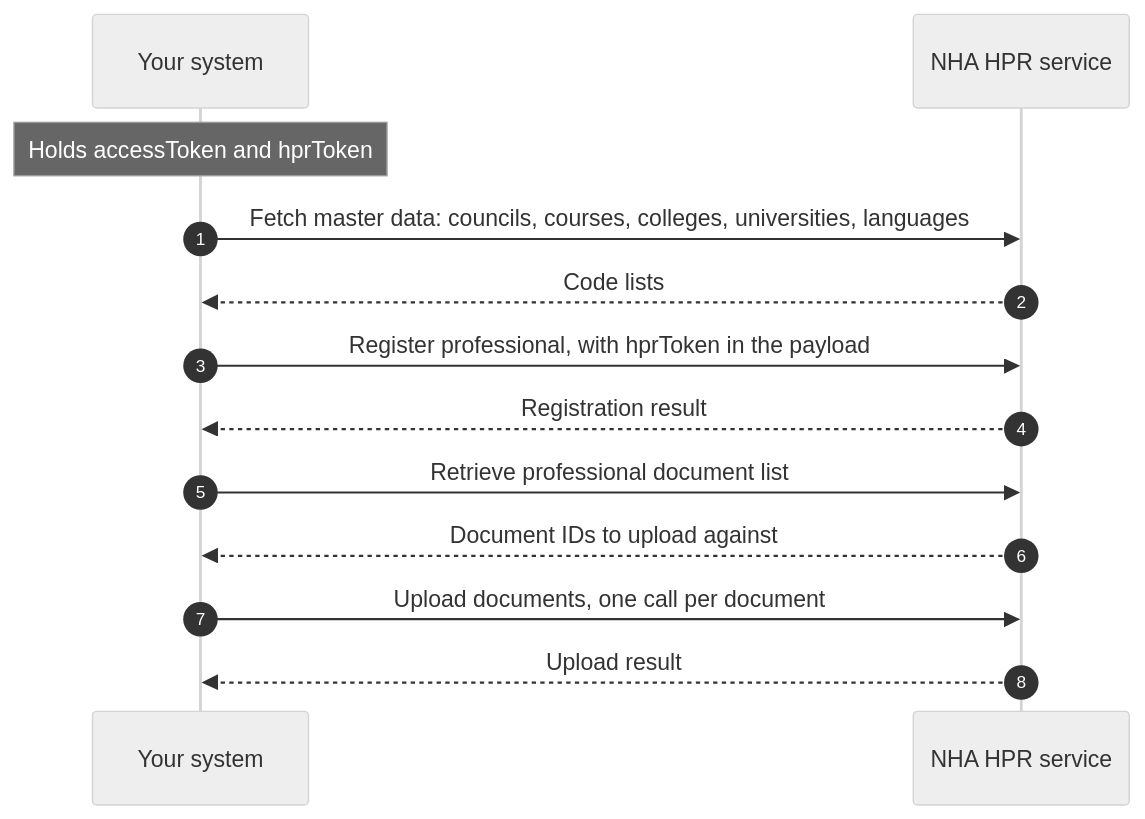
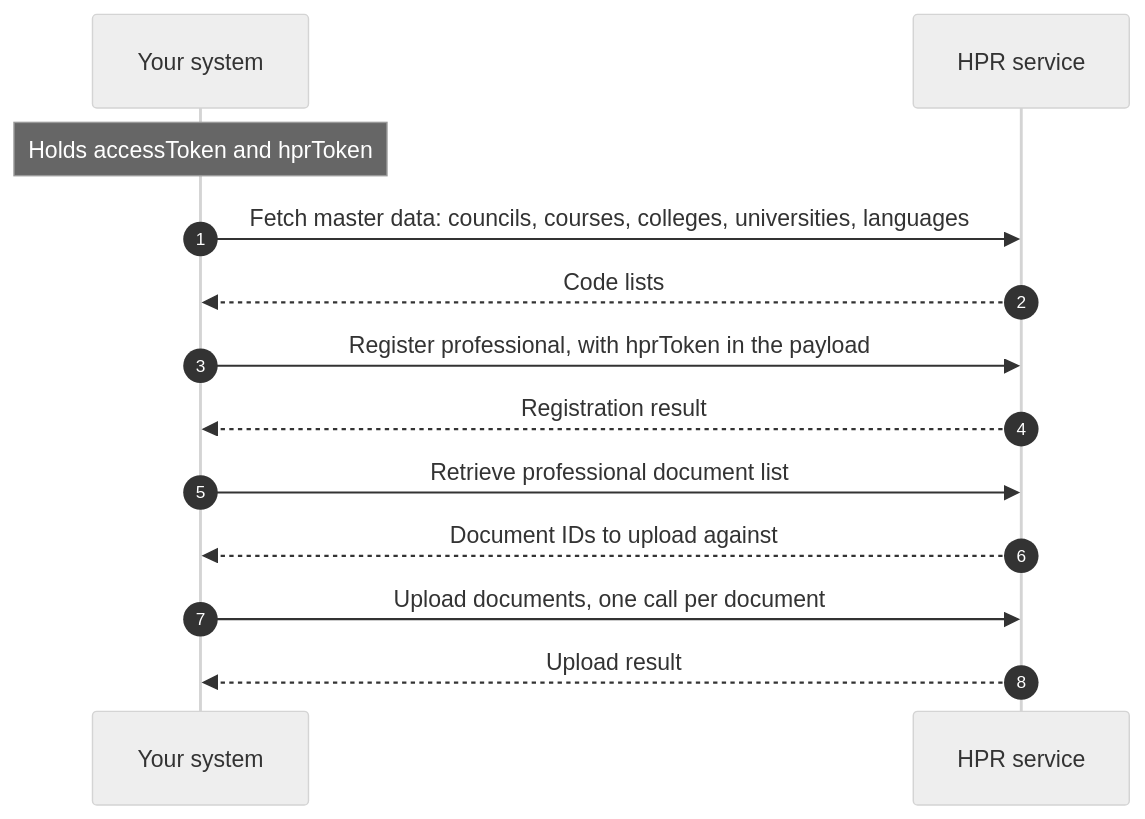
Before and after one commit to nha-in/docs: the third of 6 diagrams in site/docs/hiecm/v3/milestones/m4.mdx, drawn with Mermaid (neutral theme). The commit also changed other lines of this file and 42 other files, not shown here.

````diff
--- a/site/docs/hiecm/v3/milestones/m4.mdx
+++ b/site/docs/hiecm/v3/milestones/m4.mdx
@@ -143,16 +143,16 @@
 ```mermaid
 sequenceDiagram
     autonumber
     participant S as Your system
-    participant H as NHA HPR service
+    participant H as HPR service
 
     Note over S: Holds accessToken and hprToken
     S->>H: Fetch master data: councils, courses, colleges, universities, languages
     H-->>S: Code lists
     S->>H: Register professional, with hprToken in the payload
     H-->>S: Registration result
     S->>H: Retrieve professional document list
     H-->>S: Document IDs to upload against
     S->>H: Upload documents, one call per document
     H-->>S: Upload result
 ```
````
